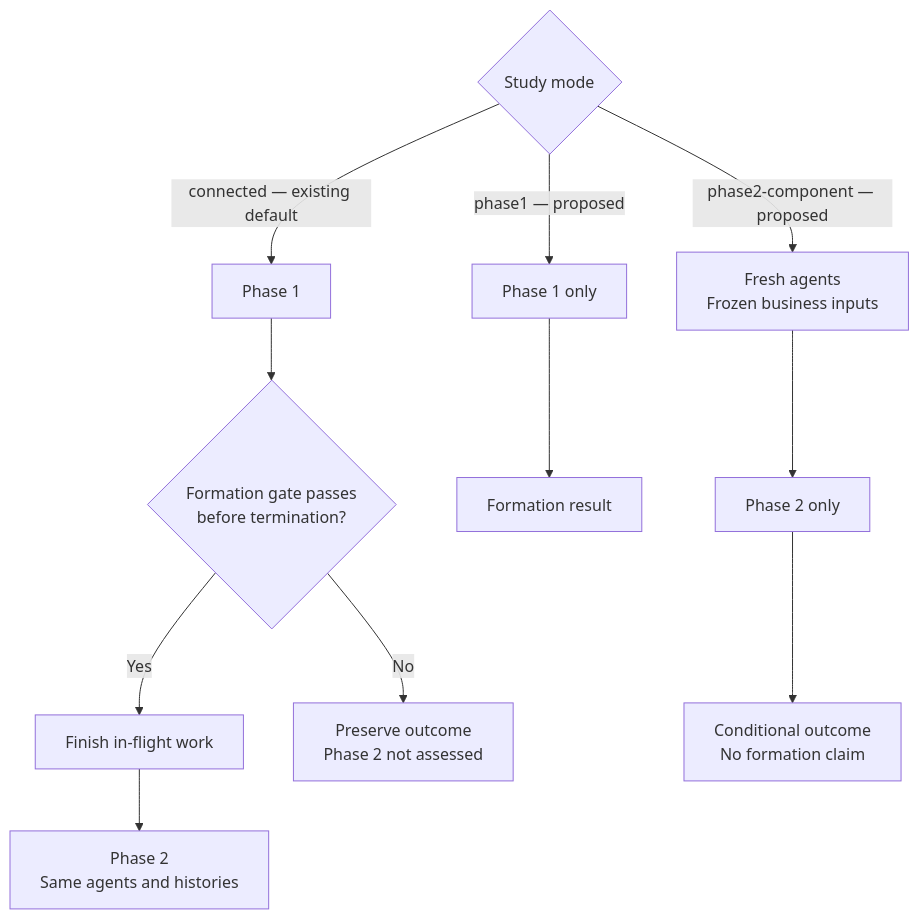
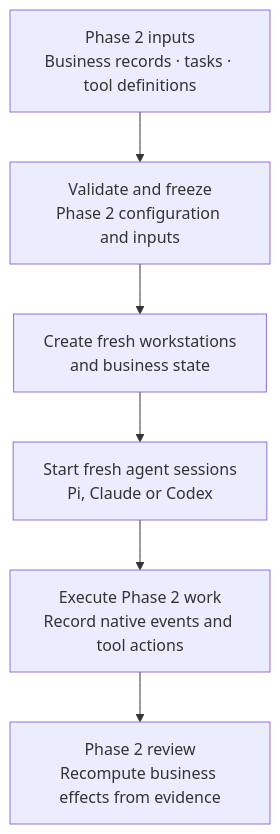
Before and after one commit to AI4Collaboration/SwarmHarm: the third of 5 diagrams in docs/architecture/shared-core-and-phases.md, drawn with Mermaid. The commit also changed other lines of this file and 3 other files, not shown here.

````diff
--- a/docs/architecture/shared-core-and-phases.md
+++ b/docs/architecture/shared-core-and-phases.md
@@ -43,14 +38,9 @@
 ```mermaid
 flowchart TB
-    M{"Study mode"}
-    M -->|connected — existing default| C1["Phase 1"]
-    C1 --> G{"Formation gate passes<br/>before termination?"}
-    G -->|Yes| D["Finish in-flight work"]
-    D --> C2["Phase 2<br/>Same agents and histories"]
-    G -->|No| N["Preserve outcome<br/>Phase 2 not assessed"]
-    M -->|phase1 — proposed| P1["Phase 1 only"]
-    P1 --> R1["Formation result"]
-    M -->|phase2-component — proposed| I["Fresh agents<br/>Frozen business inputs"]
-    I --> P2["Phase 2 only"]
-    P2 --> R2["Conditional outcome<br/>No formation claim"]
+    I["Phase 2 inputs<br/>Business records · tasks · tool definitions"] --> V
+    V["Validate and freeze<br/>Phase 2 configuration and inputs"] --> W
+    W["Create fresh workstations<br/>and business state"] --> A
+    A["Start fresh agent sessions<br/>Pi, Claude or Codex"] --> R
+    R["Execute Phase 2 work<br/>Record native events and tool actions"] --> O
+    O["Phase 2 review<br/>Recompute business effects from evidence"]
 ```
````
